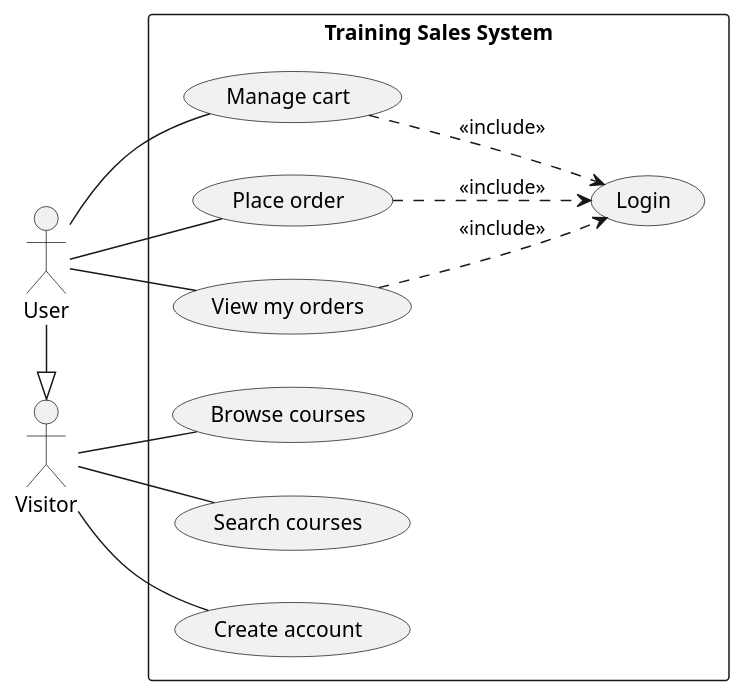
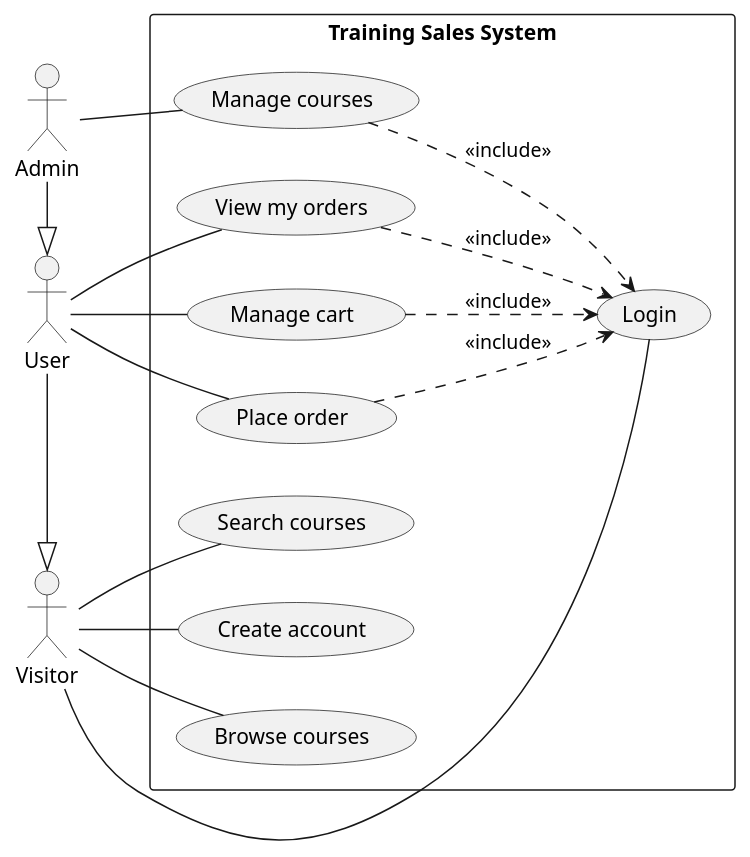
One commit to john7440/EvaluationJava changed the diagram in doc/01-UseCase/UseCase.puml. Above: the diagram before and after it, drawn with PlantUML. The commit also changed 1 other file, not shown here.

Commit message:
mise a jour du diagramme de usecase pour ajouter l'admin

```diff
--- a/doc/01-UseCase/UseCase.puml
+++ b/doc/01-UseCase/UseCase.puml
@@ -1,36 +1,45 @@
 @startuml
 left to right direction
 
+actor Admin
 actor Visitor
 actor User
+
+User -|> Visitor
+Admin -|> User
 
 rectangle "Training Sales System" {
 
  usecase "Login" as AUTH
 
  usecase "Browse courses" as UC1
  usecase "Search courses" as UC2
 
  usecase "Create account" as UC3
 
  usecase "Manage cart" as UC5
  usecase "Place order" as UC6
  usecase "View my orders" as UC7
 
+ usecase "Manage courses" as UC8
+
 }
 
 Visitor -- UC1
 Visitor -- UC2
 Visitor -- UC3
+Visitor -- AUTH
 
-User -|> Visitor
 
 User -- UC5
 User -- UC6
 User -- UC7
 
+Admin -- UC8
+
 UC5 ..> AUTH : <<include>>
 UC6 ..> AUTH : <<include>>
 UC7 ..> AUTH : <<include>>
+UC8 ..> AUTH : <<include>>
 
 @enduml
```
